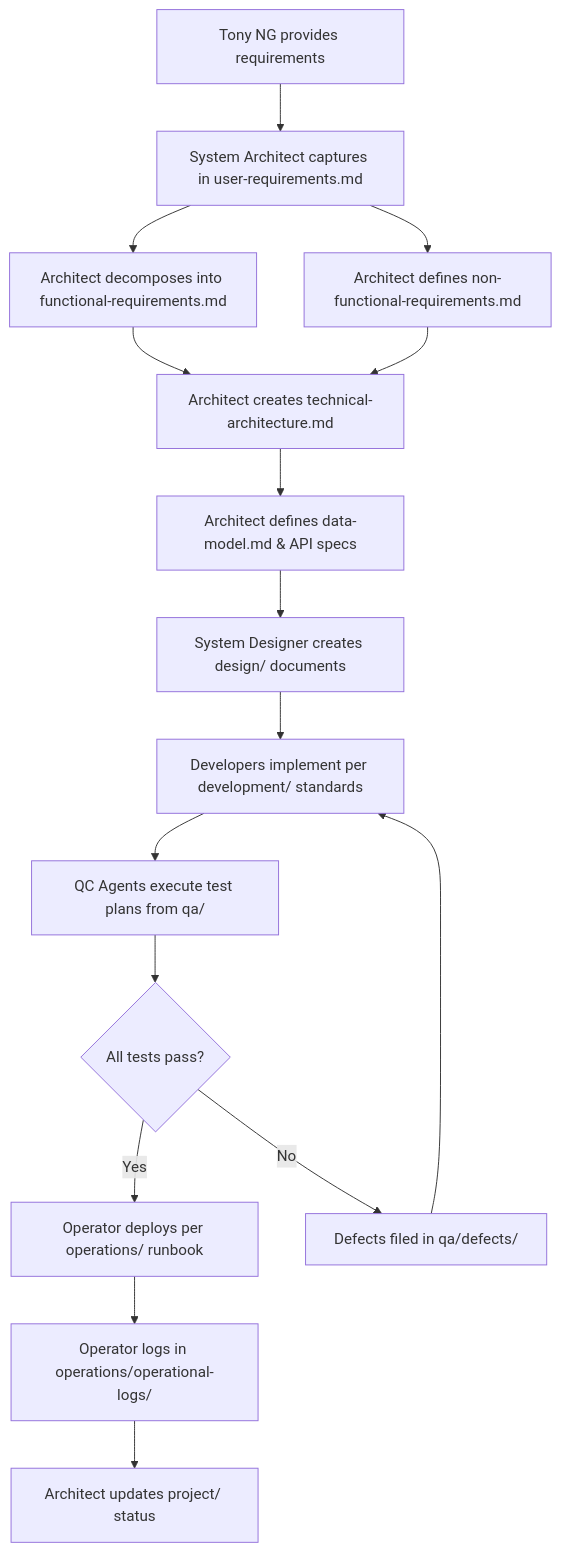
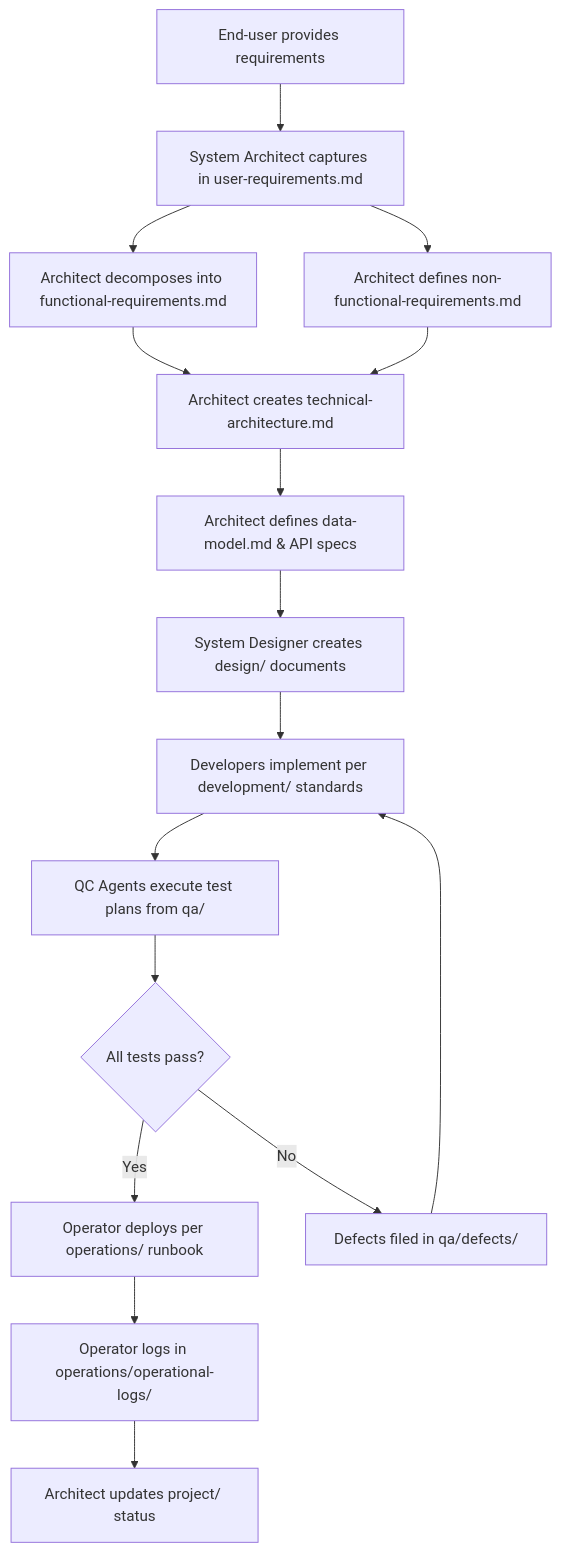
One commit to tonylnng/gateforge-blueprint-template changed the diagram in README.md. Above: the diagram before and after it, drawn with Mermaid. The commit also changed other lines of this file and 14 other files, not shown here.

````diff
--- a/README.md
+++ b/README.md
@@ -143,18 +143,18 @@
 ```mermaid
 flowchart TD
-    A[Tony NG provides requirements] --> B[System Architect captures in user-requirements.md]
+    A[End-user provides requirements] --> B[System Architect captures in user-requirements.md]
     B --> C[Architect decomposes into functional-requirements.md]
     B --> D[Architect defines non-functional-requirements.md]
     C --> E[Architect creates technical-architecture.md]
     D --> E
     E --> F[Architect defines data-model.md & API specs]
     F --> G[System Designer creates design/ documents]
     G --> H[Developers implement per development/ standards]
     H --> I[QC Agents execute test plans from qa/]
     I --> J{All tests pass?}
     J -->|Yes| K[Operator deploys per operations/ runbook]
     J -->|No| L[Defects filed in qa/defects/]
     L --> H
     K --> M[Operator logs in operations/operational-logs/]
     M --> N[Architect updates project/ status]
 ```
````
